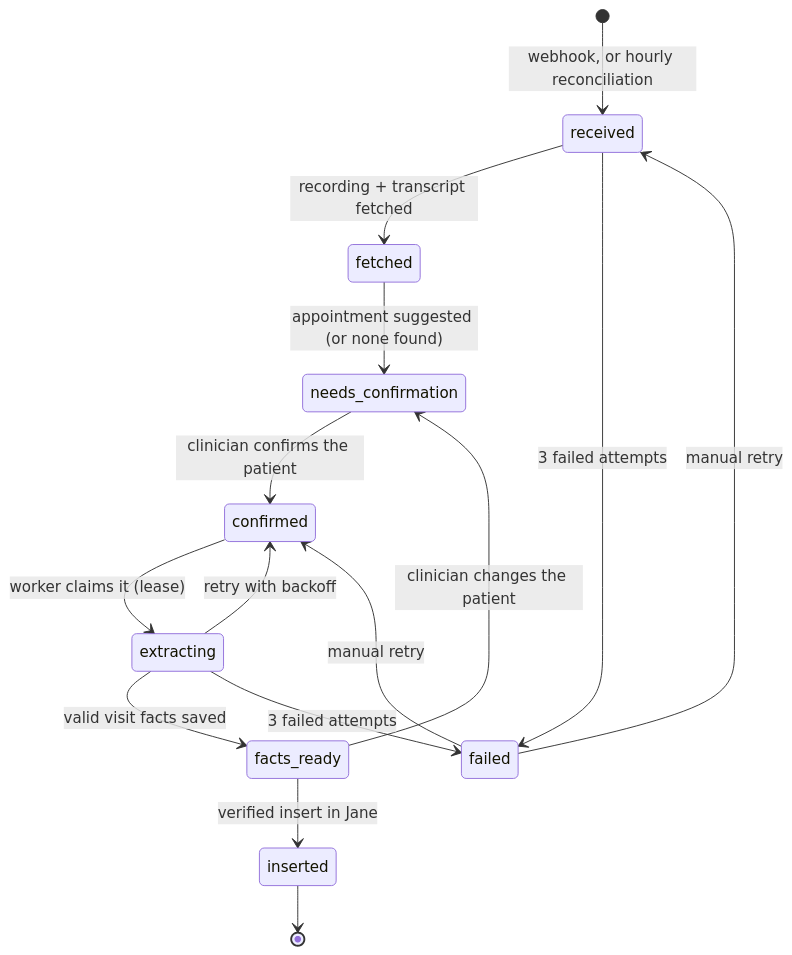
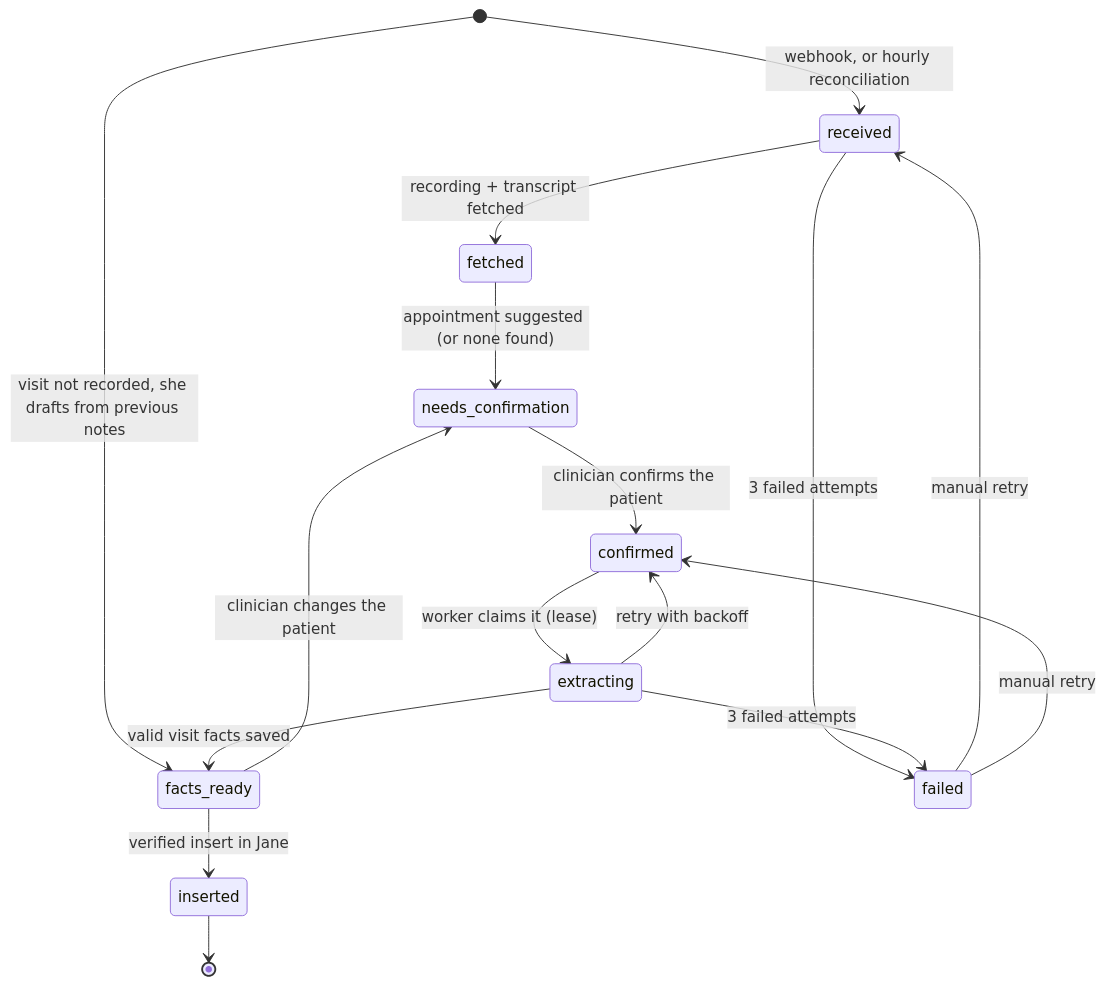
Before and after one commit to arndvs/soap-scribe: the third of 5 diagrams in ARCHITECTURE.md, drawn with Mermaid. The commit also changed other lines of this file and 4 other files, not shown here.

First line of the commit message:
Sync architecture and decisions; build the image in CI

````diff
--- a/ARCHITECTURE.md
+++ b/ARCHITECTURE.md
@@ -111,18 +116,19 @@
 ```mermaid
 stateDiagram-v2
     [*] --> received: webhook, or hourly reconciliation
+    [*] --> facts_ready: visit not recorded, she drafts from previous notes
     received --> fetched: recording + transcript fetched
     fetched --> needs_confirmation: appointment suggested (or none found)
     needs_confirmation --> confirmed: clinician confirms the patient
     confirmed --> extracting: worker claims it (lease)
     extracting --> facts_ready: valid visit facts saved
     facts_ready --> needs_confirmation: clinician changes the patient
     facts_ready --> inserted: verified insert in Jane
     inserted --> [*]
 
     received --> failed: 3 failed attempts
     extracting --> confirmed: retry with backoff
     extracting --> failed: 3 failed attempts
     failed --> received: manual retry
     failed --> confirmed: manual retry
 ```
````
